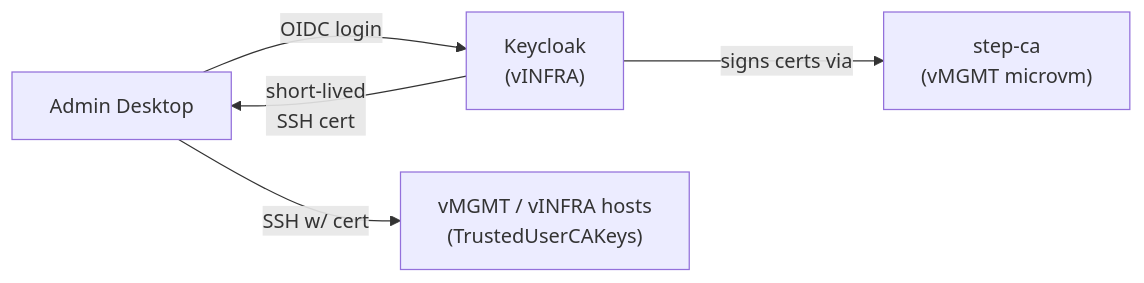
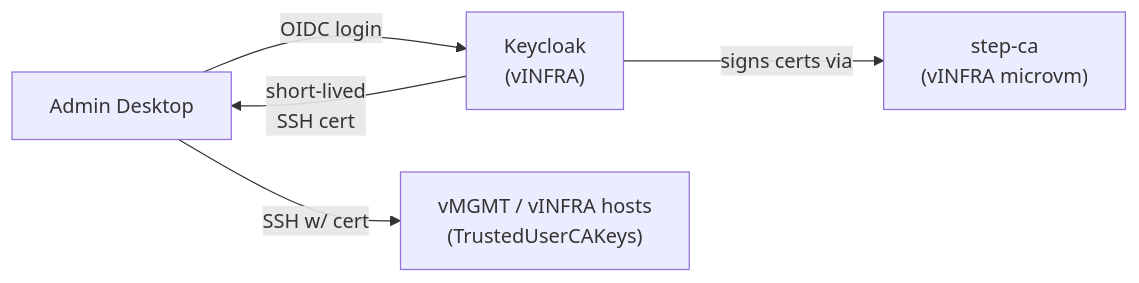
Before and after one commit to mutantmell/dotfiles: the first of 4 diagrams in llm-notes/ssh-certificates-sso-plan.md, drawn with Mermaid. The commit also changed other lines of this file and 1 other file, not shown here.

````diff
--- a/llm-notes/ssh-certificates-sso-plan.md
+++ b/llm-notes/ssh-certificates-sso-plan.md
@@ -21,12 +21,12 @@
 ```mermaid
 flowchart LR
     Admin["Admin Desktop"]
     KC["Keycloak\n(vINFRA)"]
-    CA["step-ca\n(vMGMT microvm)"]
+    CA["step-ca\n(vINFRA microvm)"]
     Hosts["vMGMT / vINFRA hosts\n(TrustedUserCAKeys)"]
 
     Admin -- "OIDC login" --> KC
     KC -- "short-lived\nSSH cert" --> Admin
     KC -- "signs certs via" --> CA
     Admin -- "SSH w/ cert" --> Hosts
 ```
````
